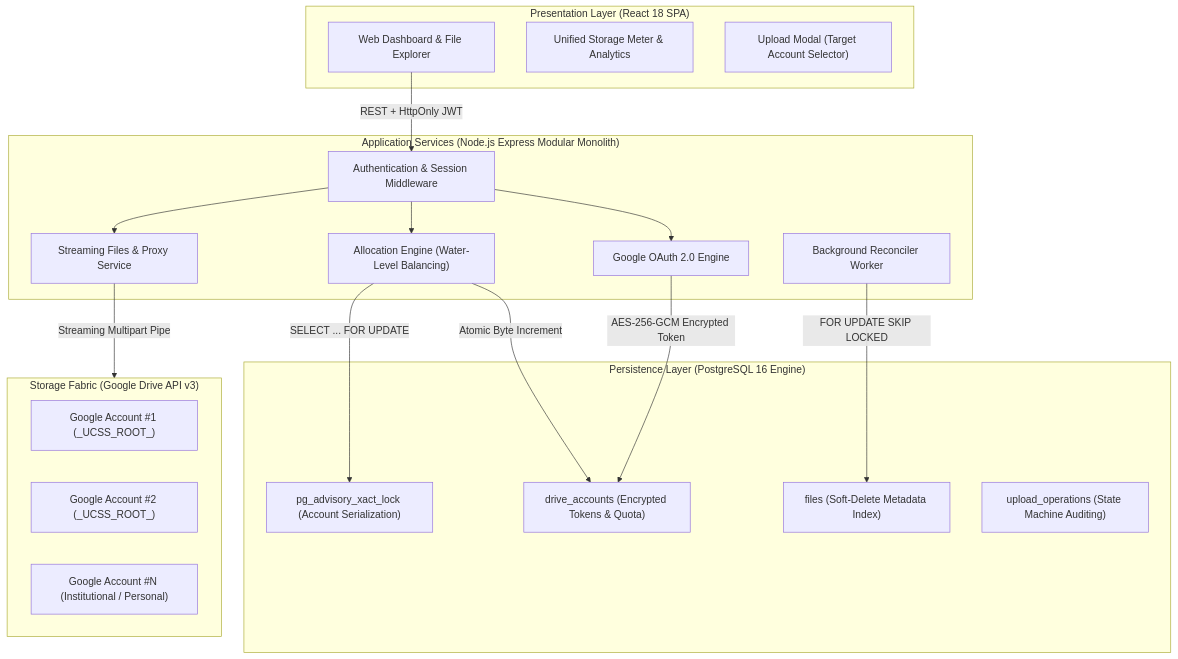
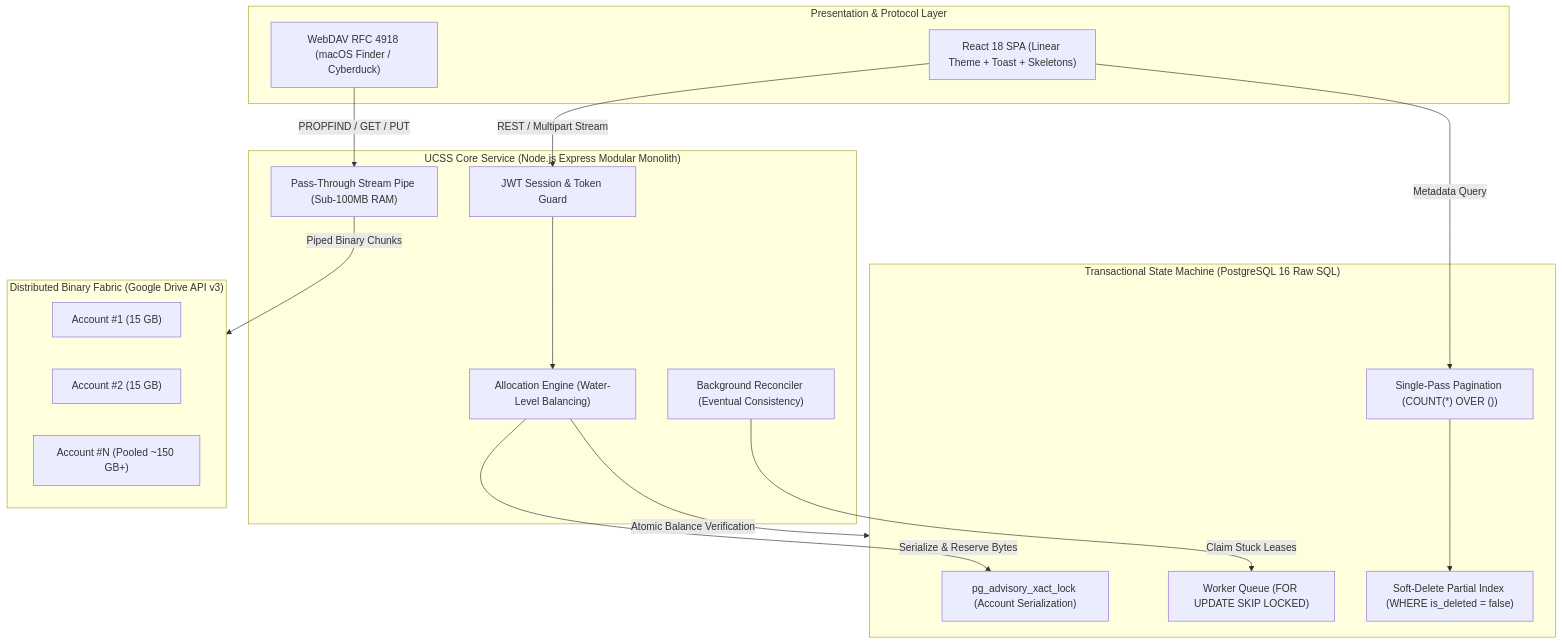
Before and after one commit to sps-exe/unified-cloud-storage-system: the diagram in README.md, drawn with Mermaid. The commit also changed other lines of this file and 9 other files, not shown here.

````diff
--- a/README.md
+++ b/README.md
@@ -47,40 +18,37 @@
 ```mermaid
 flowchart TD
-    subgraph Client["Presentation Layer (React 18 SPA)"]
-        UI["Web Dashboard & File Explorer"]
-        Meter["Unified Storage Meter & Analytics"]
-        UploadModal["Upload Modal (Target Account Selector)"]
+    subgraph Clients["Presentation & Protocol Layer"]
+        Web["React 18 SPA (Linear Theme + Toast + Skeletons)"]
+        WebDAV["WebDAV RFC 4918 (macOS Finder / Cyberduck)"]
     end
 
-    subgraph API["Application Services (Node.js Express Modular Monolith)"]
-        AuthMw["Authentication & Session Middleware"]
-        AllocSvc["Allocation Engine (Water-Level Balancing)"]
-        FileSvc["Streaming Files & Proxy Service"]
-        OAuthSvc["Google OAuth 2.0 Engine"]
-        ReconCron["Background Reconciler Worker"]
+    subgraph API["UCSS Core Service (Node.js Express Modular Monolith)"]
+        Auth["JWT Session & Token Guard"]
+        Alloc["Allocation Engine (Water-Level Balancing)"]
+        StreamPipe["Pass-Through Stream Pipe (Sub-100MB RAM)"]
+        ReconCron["Background Reconciler (Eventual Consistency)"]
     end
 
-    subgraph Data["Persistence Layer (PostgreSQL 16 Engine)"]
+    subgraph DB["Transactional State Machine (PostgreSQL 16 Raw SQL)"]
         Advisory["pg_advisory_xact_lock (Account Serialization)"]
-        DriveAcc["drive_accounts (Encrypted Tokens & Quota)"]
-        FilesTab["files (Soft-Delete Metadata Index)"]
-        UploadOps["upload_operations (State Machine Auditing)"]
+        SkipLock["Worker Queue (FOR UPDATE SKIP LOCKED)"]
+        WindowQ["Single-Pass Pagination (COUNT(*) OVER ())"]
+        PartialIdx["Soft-Delete Partial Index (WHERE is_deleted = false)"]
     end
 
-    subgraph Cloud["Storage Fabric (Google Drive API v3)"]
-        GD1["Google Account #1 (_UCSS_ROOT_)"]
-        GD2["Google Account #2 (_UCSS_ROOT_)"]
-        GD3["Google Account #N (Institutional / Personal)"]
+    subgraph Cloud["Distributed Binary Fabric (Google Drive API v3)"]
+        D1["Account #1 (15 GB)"]
+        D2["Account #2 (15 GB)"]
+        DN["Account #N (Pooled ~150 GB+)"]
     end
 
-    UI -->|REST + HttpOnly JWT| AuthMw
-    AuthMw --> AllocSvc
-    AuthMw --> FileSvc
-    AuthMw --> OAuthSvc
-    
-    AllocSvc -->|SELECT ... FOR UPDATE| Advisory
-    AllocSvc -->|Atomic Byte Increment| DriveAcc
-    FileSvc -->|Streaming Multipart Pipe| Cloud
-    ReconCron -->|FOR UPDATE SKIP LOCKED| FilesTab
-    OAuthSvc -->|AES-256-GCM Encrypted Token| DriveAcc
+    Web -->|REST / Multipart Stream| Auth
+    WebDAV -->|PROPFIND / GET / PUT| StreamPipe
+    Auth --> Alloc
+    Alloc -->|Serialize & Reserve Bytes| Advisory
+    Alloc -->|Atomic Balance Verification| DB
+    StreamPipe -->|Piped Binary Chunks| Cloud
+    ReconCron -->|Claim Stuck Leases| SkipLock
+    Web -->|Metadata Query| WindowQ
+    WindowQ --> PartialIdx
 ```
````
